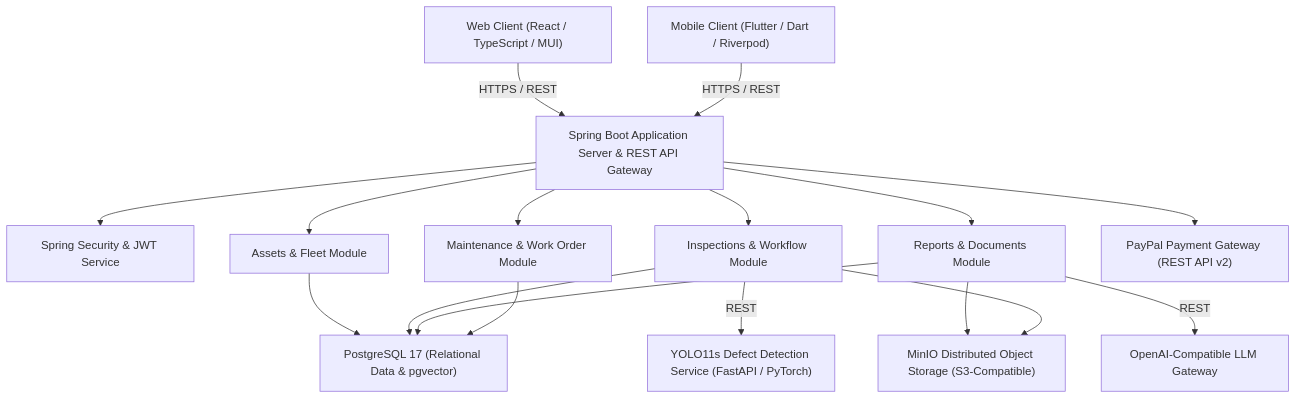
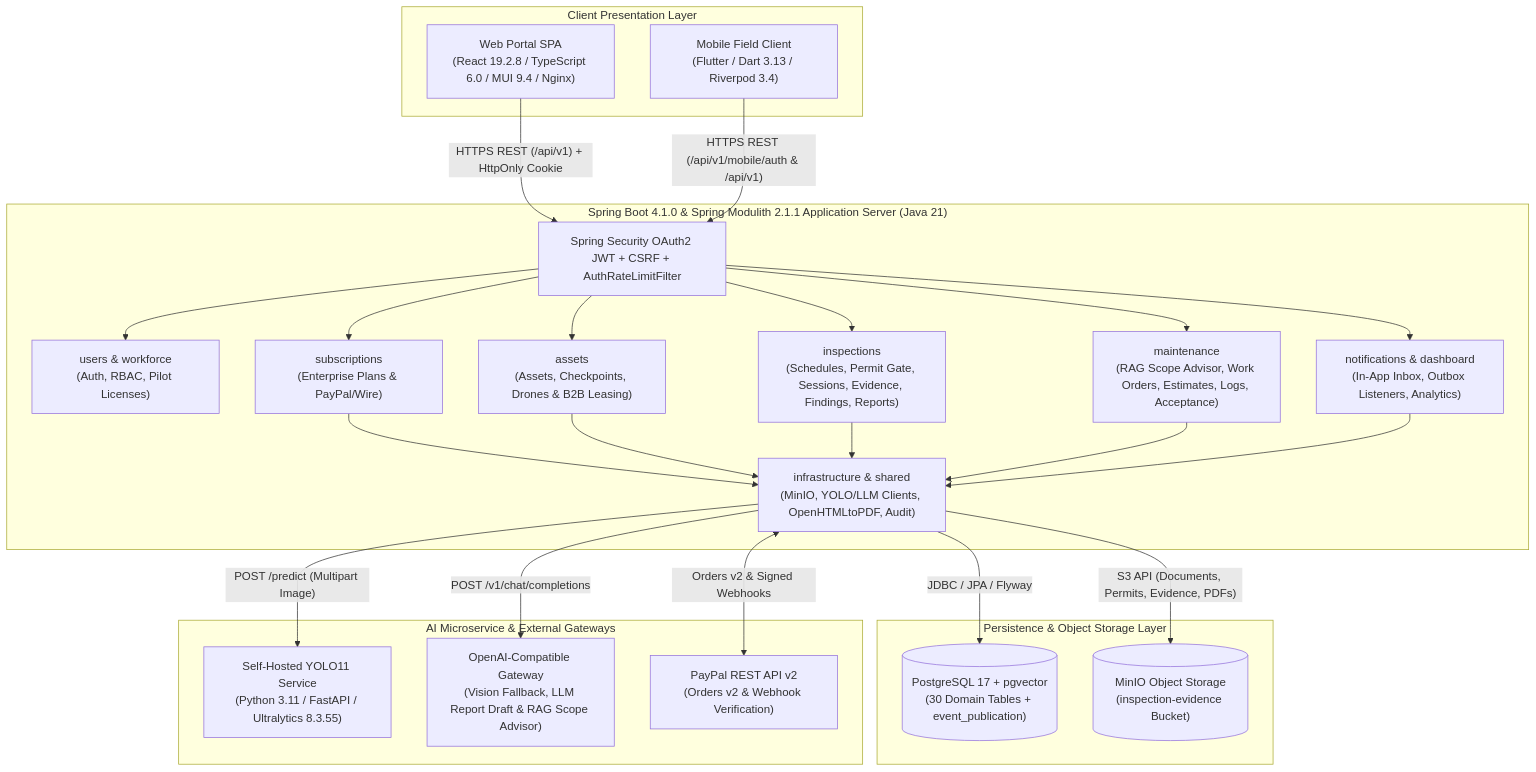
One commit to tungbach12/SmartDroneInspection-Docs changed the first of 2 diagrams in reports/report-4-software-design-document/01-system-design.md. Above: the diagram before and after it, drawn with Mermaid. The commit also changed other lines of this file and 155 other files, not shown here.

````diff
--- a/reports/report-4-software-design-document/01-system-design.md
+++ b/reports/report-4-software-design-document/01-system-design.md
@@ -16,41 +16,52 @@
 ```mermaid
 %% title: System Architecture Diagram
 flowchart TD
-  CLIENT_WEB["Web Client (React / TypeScript / MUI)"]
-  CLIENT_MOB["Mobile Client (Flutter / Dart / Riverpod)"]
+  subgraph Clients["Client Presentation Layer"]
+    CLIENT_WEB["Web Portal SPA\n(React 19.2.8 / TypeScript 6.0 / MUI 9.4 / Nginx)"]
+    CLIENT_MOB["Mobile Field Client\n(Flutter / Dart 3.13 / Riverpod 3.4)"]
+  end
 
-  API_GATEWAY["Spring Boot Application Server & REST API Gateway"]
-  AUTH_SERVICE["Spring Security & JWT Service"]
-  
-  MOD_ASSETS["Assets & Fleet Module"]
-  MOD_INSP["Inspections & Workflow Module"]
-  MOD_REP["Reports & Documents Module"]
-  MOD_MAINT["Maintenance & Work Order Module"]
+  subgraph Backend["Spring Boot 4.1.0 & Spring Modulith 2.1.1 Application Server (Java 21)"]
+    SEC_FILTER["Spring Security OAuth2 JWT + CSRF + AuthRateLimitFilter"]
+    MOD_USERS["users & workforce\n(Auth, RBAC, Pilot Licenses)"]
+    MOD_SUBS["subscriptions\n(Enterprise Plans & PayPal/Wire)"]
+    MOD_ASSETS["assets\n(Assets, Checkpoints, Drones & B2B Leasing)"]
+    MOD_INSP["inspections\n(Schedules, Permit Gate, Sessions, Evidence, Findings, Reports)"]
+    MOD_MAINT["maintenance\n(RAG Scope Advisor, Work Orders, Estimates, Logs, Acceptance)"]
+    MOD_NOTIF["notifications & dashboard\n(In-App Inbox, Outbox Listeners, Analytics)"]
+    MOD_INFRA["infrastructure & shared\n(MinIO, YOLO/LLM Clients, OpenHTMLtoPDF, Audit)"]
+  end
 
-  AI_SERVICE["YOLO11s Defect Detection Service (FastAPI / PyTorch)"]
-  LLM_GATEWAY["OpenAI-Compatible LLM Gateway"]
-  PAYPAL["PayPal Payment Gateway (REST API v2)"]
+  subgraph DataAndStorage["Persistence & Object Storage Layer"]
+    DB_PG[("PostgreSQL 17 + pgvector\n(30 Domain Tables + event_publication)")]
+    STORE_MINIO[("MinIO Object Storage\n(inspection-evidence Bucket)")]
+  end
 
-  DB_PG["PostgreSQL 17 (Relational Data & pgvector)"]
-  STORE_MINIO["MinIO Distributed Object Storage (S3-Compatible)"]
+  subgraph ExternalAndAI["AI Microservice & External Gateways"]
+    AI_SERVICE["Self-Hosted YOLO11 Service\n(Python 3.11 / FastAPI / Ultralytics 8.3.55)"]
+    LLM_GATEWAY["OpenAI-Compatible Gateway\n(Vision Fallback, LLM Report Draft & RAG Scope Advisor)"]
+    PAYPAL["PayPal REST API v2\n(Orders v2 & Webhook Verification)"]
+  end
 
-  CLIENT_WEB -->|HTTPS / REST| API_GATEWAY
-  CLIENT_MOB -->|HTTPS / REST| API_GATEWAY
+  CLIENT_WEB -->|"HTTPS REST (/api/v1) + HttpOnly Cookie"| SEC_FILTER
+  CLIENT_MOB -->|"HTTPS REST (/api/v1/mobile/auth & /api/v1)"| SEC_FILTER
 
-  API_GATEWAY --> AUTH_SERVICE
-  API_GATEWAY --> PAYPAL
-  API_GATEWAY --> MOD_ASSETS
-  API_GATEWAY --> MOD_INSP
-  API_GATEWAY --> MOD_REP
-  API_GATEWAY --> MOD_MAINT
+  SEC_FILTER --> MOD_USERS
+  SEC_FILTER --> MOD_SUBS
+  SEC_FILTER --> MOD_ASSETS
+  SEC_FILTER --> MOD_INSP
+  SEC_FILTER --> MOD_MAINT
+  SEC_FILTER --> MOD_NOTIF
 
-  MOD_INSP -->|REST| AI_SERVICE
-  MOD_REP -->|REST| LLM_GATEWAY
-  MOD_REP --> STORE_MINIO
+  MOD_SUBS --> MOD_INFRA
+  MOD_ASSETS --> MOD_INFRA
+  MOD_INSP --> MOD_INFRA
+  MOD_MAINT --> MOD_INFRA
+  MOD_NOTIF --> MOD_INFRA
 
-  MOD_ASSETS --> DB_PG
-  MOD_INSP --> DB_PG
-  MOD_INSP --> STORE_MINIO
-  MOD_REP --> DB_PG
-  MOD_MAINT --> DB_PG
+  MOD_INFRA -->|"JDBC / JPA / Flyway"| DB_PG
+  MOD_INFRA -->|"S3 API (Documents, Permits, Evidence, PDFs)"| STORE_MINIO
+  MOD_INFRA -->|"POST /predict (Multipart Image)"| AI_SERVICE
+  MOD_INFRA -->|"POST /v1/chat/completions"| LLM_GATEWAY
+  MOD_INFRA <-->|"Orders v2 & Signed Webhooks"| PAYPAL
 ```
````
